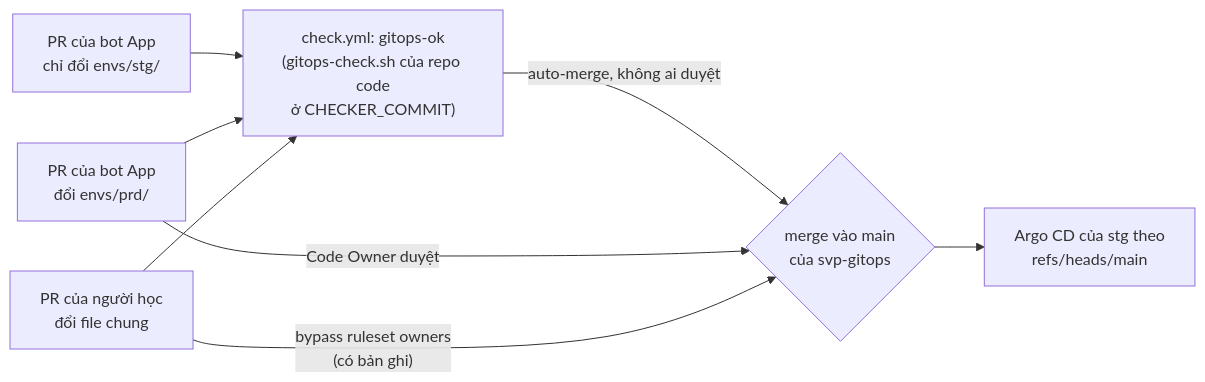
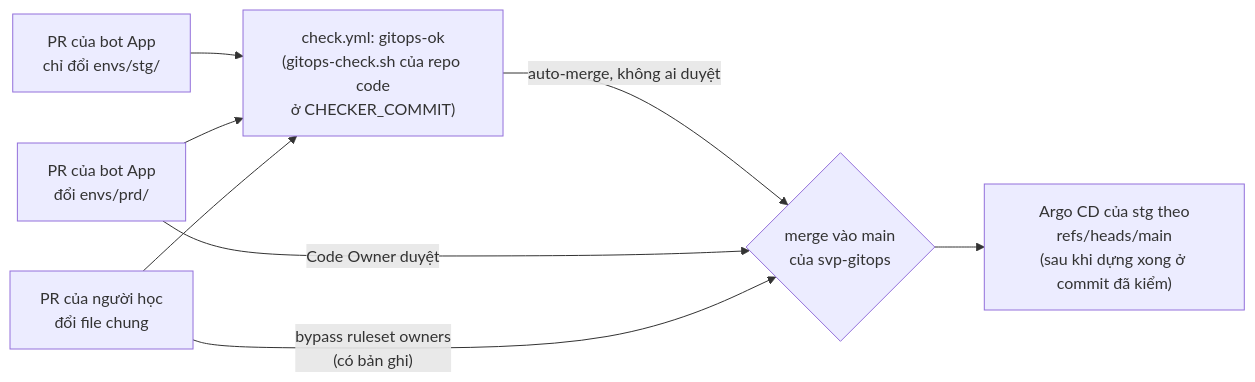
Before and after one commit to anhnvcoder/short-video-platform: the fifth of 5 diagrams in docs/ci-cd.md, drawn with Mermaid. The commit also changed other lines of this file and 25 other files, not shown here.

First line of the commit message:
fix(gitops): dựng cluster ở commit đã kiểm, kiểm provenance không fail-open, review lại cảnh báo Argo CD

````diff
--- a/docs/ci-cd.md
+++ b/docs/ci-cd.md
@@ -137,14 +137,14 @@
 ```mermaid
 flowchart LR
     bot["PR của bot App<br/>chỉ đổi envs/stg/"]
     prd["PR của bot App<br/>đổi envs/prd/"]
     own["PR của người học<br/>đổi file chung"]
     check["check.yml: gitops-ok<br/>(gitops-check.sh của repo code<br/>ở CHECKER_COMMIT)"]
     m{"merge vào main<br/>của svp-gitops"}
     bot --> check -->|"auto-merge, không ai duyệt"| m
     prd --> check
     prd -->|"Code Owner duyệt"| m
     own --> check
     own -->|"bypass ruleset owners<br/>(có bản ghi)"| m
-    m --> argo["Argo CD của stg theo<br/>refs/heads/main"]
+    m --> argo["Argo CD của stg theo<br/>refs/heads/main<br/>(sau khi dựng xong ở commit đã kiểm)"]
 ```
````
